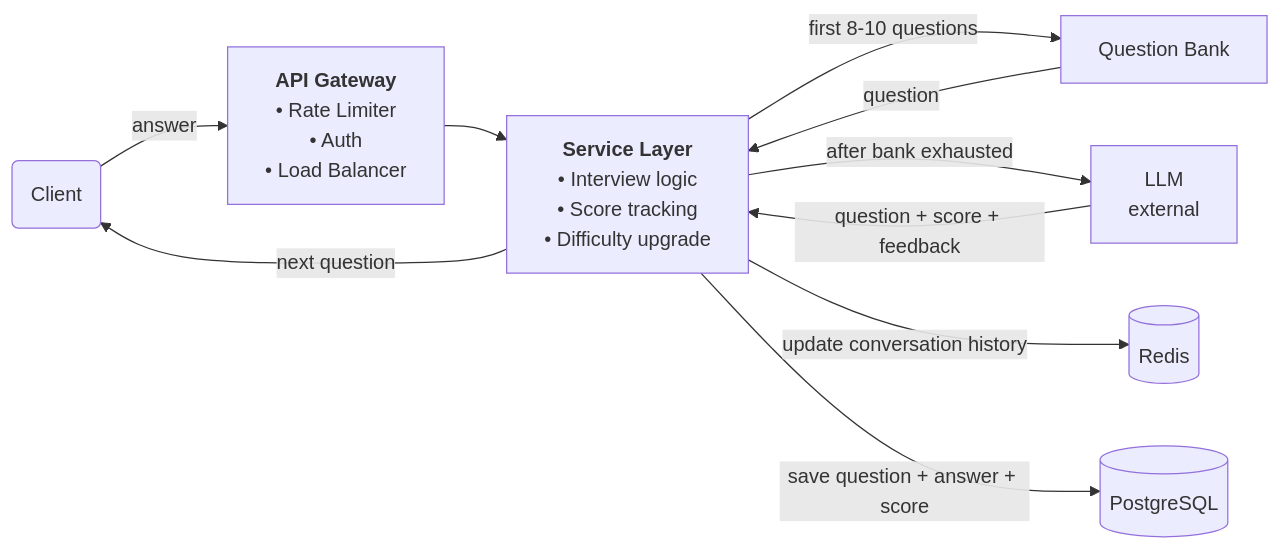
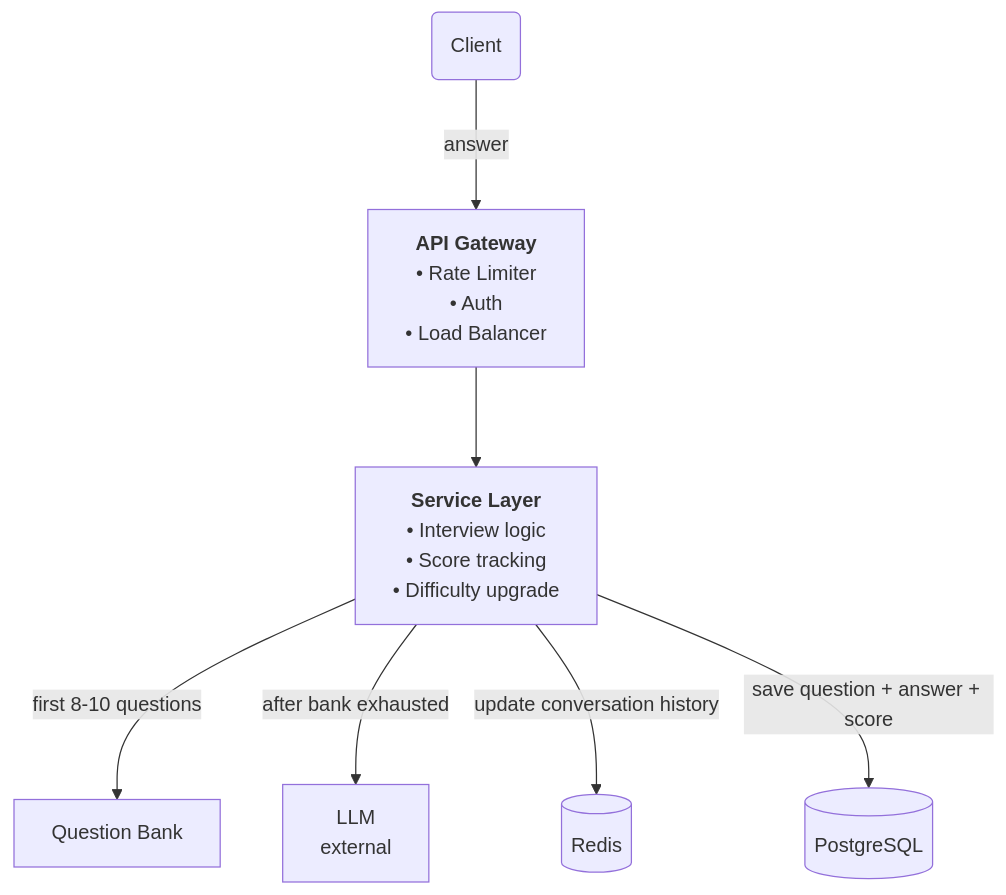
One commit to shivam-tamboli/GrillMyProject changed the third of 4 diagrams in SYSTEM_DESIGN.md. Above: the diagram before and after it, drawn with Mermaid. The commit also changed other lines of this file, not shown here.

Commit message:
fix diagram arrows — one direction flow only

````diff
--- a/SYSTEM_DESIGN.md
+++ b/SYSTEM_DESIGN.md
@@ -379,20 +375,18 @@
 ```mermaid
-flowchart LR
+%%{init: {'flowchart': {'nodeSpacing': 50, 'rankSpacing': 80}}}%%
+flowchart TD
     Client(Client)
     GW["<b>API Gateway</b><br/>• Rate Limiter<br/>• Auth<br/>• Load Balancer"]
     SVC["<b>Service Layer</b><br/>• Interview logic<br/>• Score tracking<br/>• Difficulty upgrade"]
     QB[Question Bank]
     LLM["LLM<br/>external"]
     RD[(Redis)]
     PG[(PostgreSQL)]
 
     Client -->|answer| GW
     GW --> SVC
-    SVC -->|next question| Client
     SVC -->|first 8-10 questions| QB
-    QB -->|question| SVC
     SVC -->|after bank exhausted| LLM
-    LLM -->|question + score + feedback| SVC
     SVC -->|update conversation history| RD
     SVC -->|save question + answer + score| PG
 ```
````
